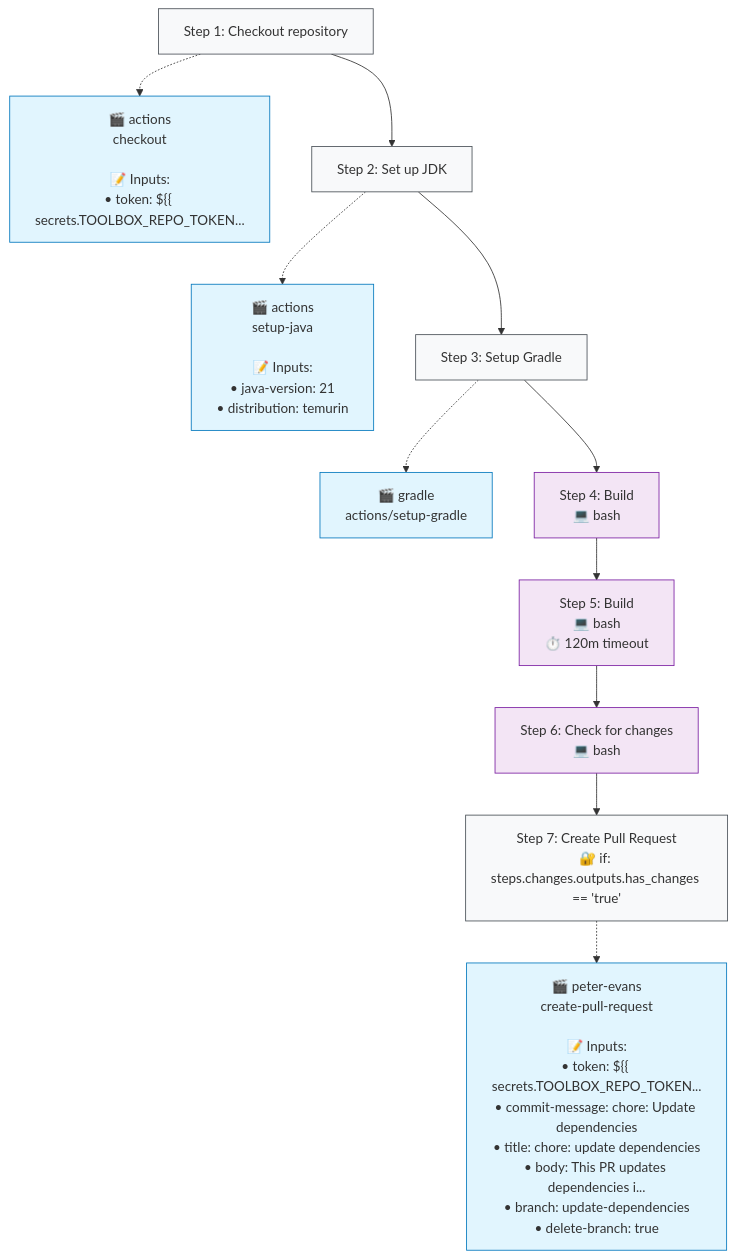
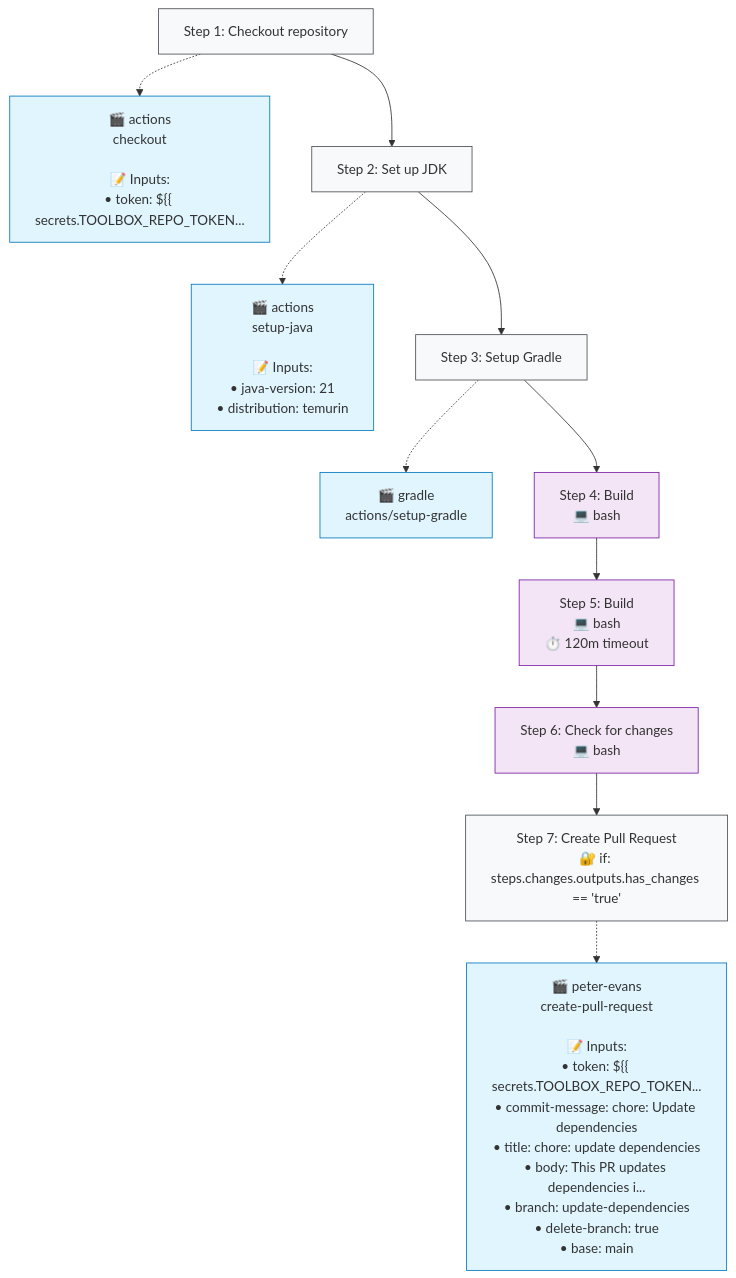
The second of 2 diagrams in .github/typeflows/update-dependencies/README.md (http4k/http4k), drawn with Mermaid before and after one commit. The commit also changed 5 other files, not shown here.

````diff
--- a/.github/typeflows/update-dependencies/README.md
+++ b/.github/typeflows/update-dependencies/README.md
@@ -24,36 +24,36 @@
 ```mermaid
 %%{init: {"flowchart": {"curve": "basis"}}}%%
 flowchart TD
     step1["Step 1: Checkout repository"]
     style step1 fill:#f8f9fa,stroke:#495057
     action1["🎬 actions<br/>checkout<br/><br/>📝 Inputs:<br/>• token: ${{ secrets.TOOLBOX_REPO_TOKEN..."]
     style action1 fill:#e1f5fe,stroke:#0277bd
     step1 -.-> action1
     step2["Step 2: Set up JDK"]
     style step2 fill:#f8f9fa,stroke:#495057
     action2["🎬 actions<br/>setup-java<br/><br/>📝 Inputs:<br/>• java-version: 21<br/>• distribution: temurin"]
     style action2 fill:#e1f5fe,stroke:#0277bd
     step2 -.-> action2
     step1 --> step2
     step3["Step 3: Setup Gradle"]
     style step3 fill:#f8f9fa,stroke:#495057
     action3["🎬 gradle<br/>actions/setup-gradle"]
     style action3 fill:#e1f5fe,stroke:#0277bd
     step3 -.-> action3
     step2 --> step3
     step4["Step 4: Build<br/>💻 bash"]
     style step4 fill:#f3e5f5,stroke:#7b1fa2
     step3 --> step4
     step5["Step 5: Build<br/>💻 bash<br/>⏱️ 120m timeout"]
     style step5 fill:#f3e5f5,stroke:#7b1fa2
     step4 --> step5
     step6["Step 6: Check for changes<br/>💻 bash"]
     style step6 fill:#f3e5f5,stroke:#7b1fa2
     step5 --> step6
     step7["Step 7: Create Pull Request<br/>🔐 if: steps.changes.outputs.has_changes == 'true'"]
     style step7 fill:#f8f9fa,stroke:#495057
-    action7["🎬 peter-evans<br/>create-pull-request<br/><br/>📝 Inputs:<br/>• token: ${{ secrets.TOOLBOX_REPO_TOKEN...<br/>• commit-message: chore: Update dependencies<br/>• title: chore: update dependencies<br/>• body: This PR updates dependencies i...<br/>• branch: update-dependencies<br/>• delete-branch: true"]
+    action7["🎬 peter-evans<br/>create-pull-request<br/><br/>📝 Inputs:<br/>• token: ${{ secrets.TOOLBOX_REPO_TOKEN...<br/>• commit-message: chore: Update dependencies<br/>• title: chore: update dependencies<br/>• body: This PR updates dependencies i...<br/>• branch: update-dependencies<br/>• delete-branch: true<br/>• base: main"]
     style action7 fill:#e1f5fe,stroke:#0277bd
     step7 -.-> action7
     step6 --> step7
 ```
````
